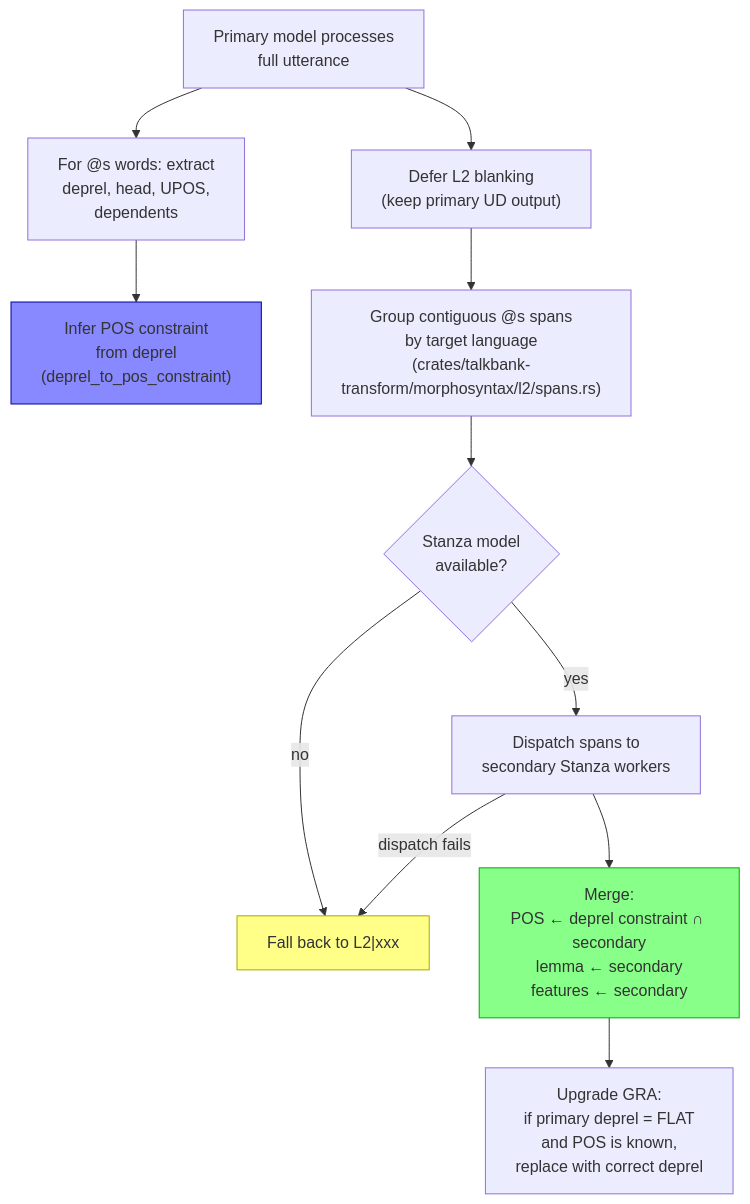
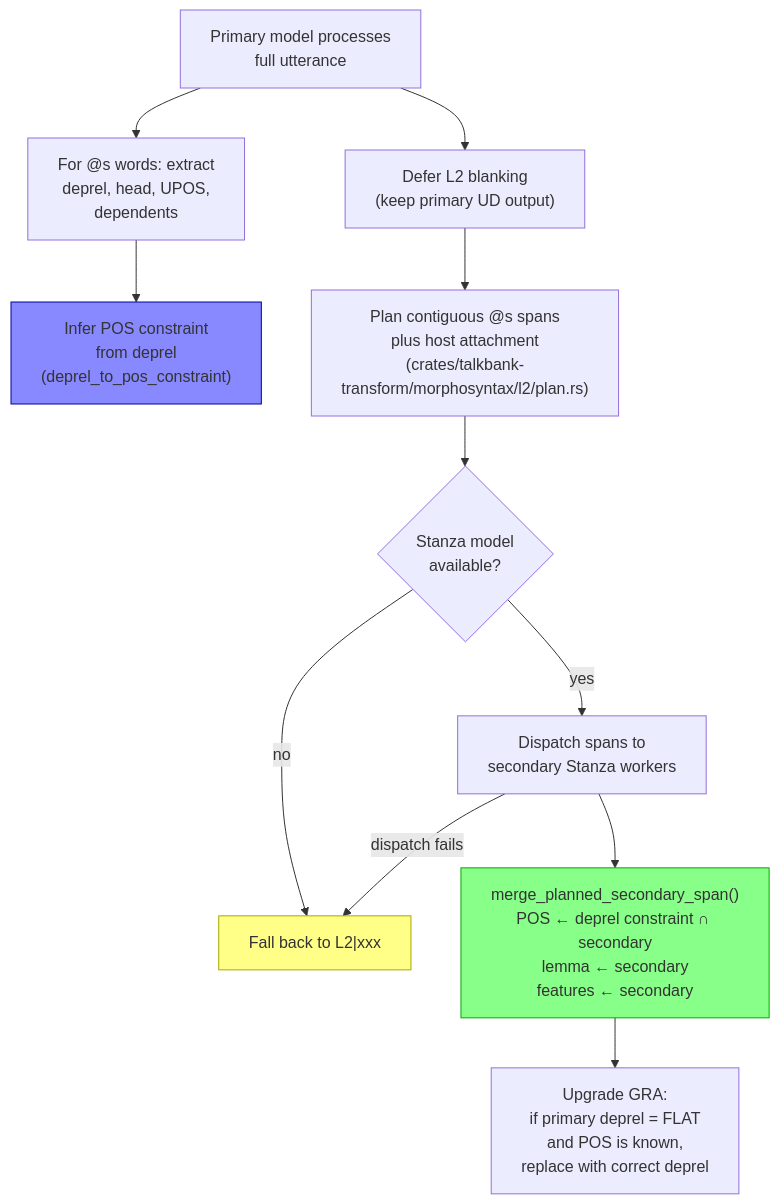
The third of 4 diagrams in book/src/batchalign/reference/l2-morphotag.md (TalkBank/talkbank-tools), drawn with Mermaid before and after one commit. The commit also changed other lines of this file and 205 other files, not shown here.

````diff
--- a/book/src/batchalign/reference/l2-morphotag.md
+++ b/book/src/batchalign/reference/l2-morphotag.md
@@ -236,17 +237,17 @@
 ```mermaid
 flowchart TD
     A["Primary model processes\nfull utterance"] --> B["For @s words: extract\ndeprel, head, UPOS,\ndependents"]
     B --> C["Infer POS constraint\nfrom deprel\n(deprel_to_pos_constraint)"]
     A --> D["Defer L2 blanking\n(keep primary UD output)"]
-    D --> E["Group contiguous @s spans\nby target language\n(crates/talkbank-transform/morphosyntax/l2/spans.rs)"]
+    D --> E["Plan contiguous @s spans\nplus host attachment\n(crates/talkbank-transform/morphosyntax/l2/plan.rs)"]
     E --> F{"Stanza model\navailable?"}
     F -->|"yes"| G["Dispatch spans to\nsecondary Stanza workers"]
     F -->|"no"| H["Fall back to L2|xxx"]
-    G --> I["Merge:\nPOS ← deprel constraint ∩ secondary\nlemma ← secondary\nfeatures ← secondary"]
+    G --> I["merge_planned_secondary_span()\nPOS ← deprel constraint ∩ secondary\nlemma ← secondary\nfeatures ← secondary"]
     G -->|"dispatch fails"| H
     I --> J["Upgrade GRA:\nif primary deprel = FLAT\nand POS is known,\nreplace with correct deprel"]
 
     style I fill:#8f8,stroke:#0a0
     style H fill:#ff8,stroke:#aa0
     style C fill:#88f,stroke:#00a
 ```
````
